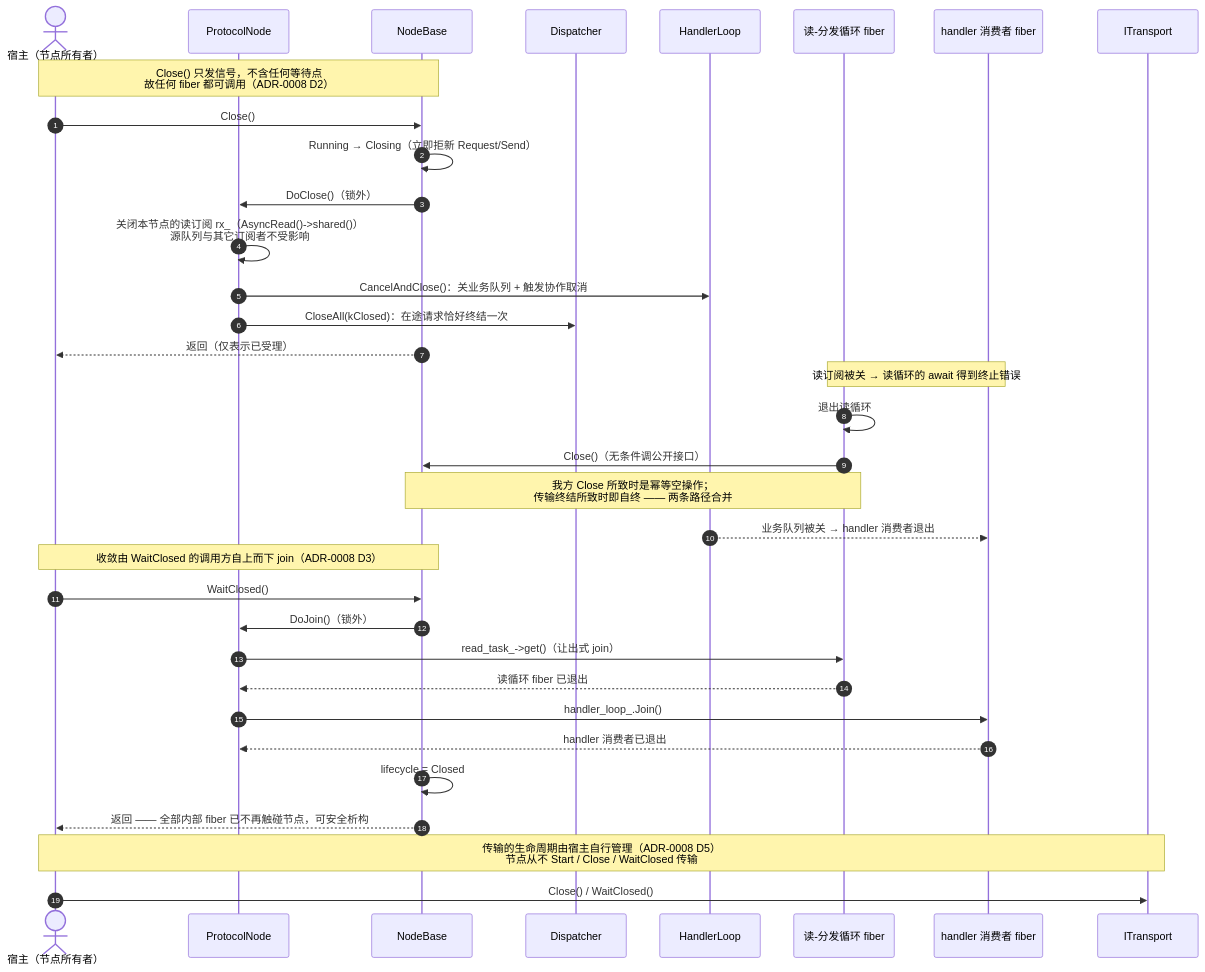
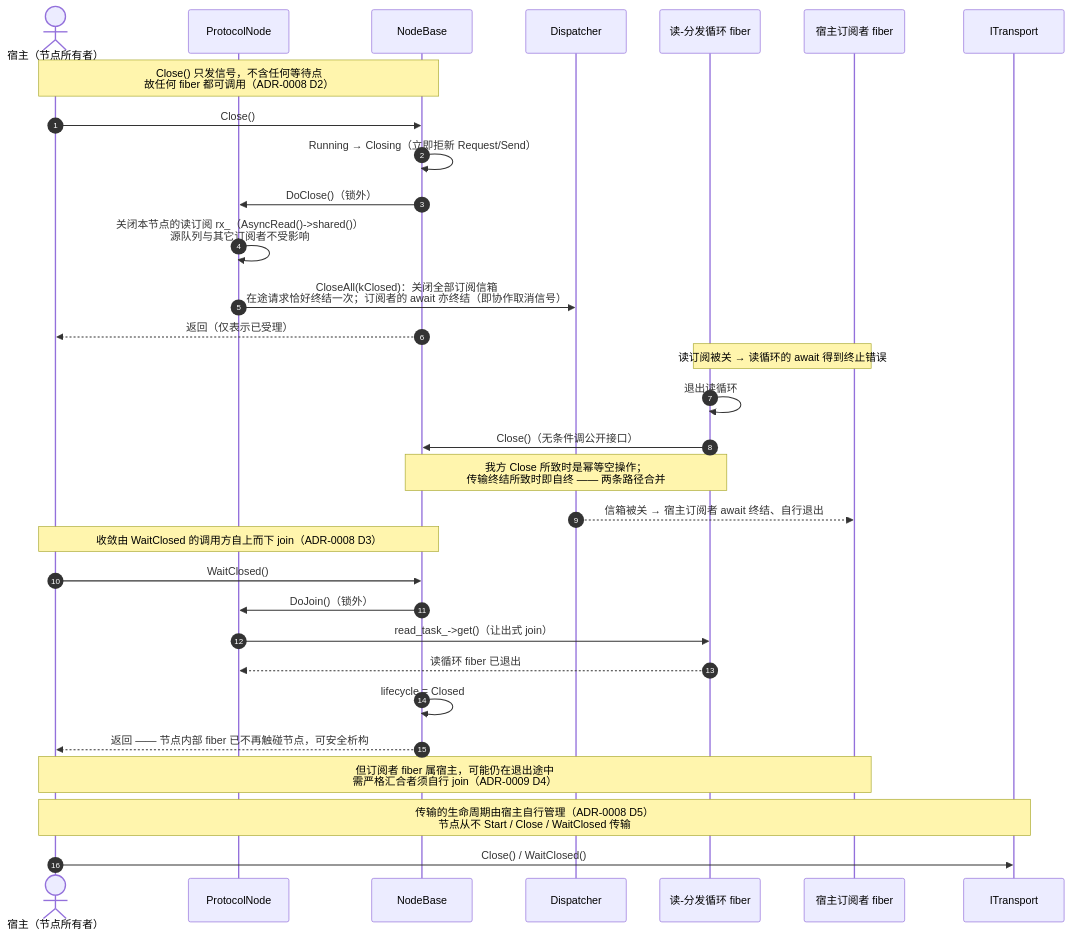
The diagram in docs/diagrams/seq-close.mmd (Ste7an-cs/Transport), drawn with Mermaid before and after one commit. The commit also changed 20 other files, not shown here.

First line of the commit message:
docs(sdd): 同步 handler 通道废止(ADR-0009),十张图重绘并重渲染

```diff
--- a/docs/diagrams/seq-close.mmd
+++ b/docs/diagrams/seq-close.mmd
@@ -1,38 +1,35 @@
 sequenceDiagram
     autonumber
     actor X as 宿主（节点所有者）
     participant N as ProtocolNode
     participant B as NodeBase
     participant D as Dispatcher
-    participant H as HandlerLoop
     participant RL as 读-分发循环 fiber
-    participant HC as handler 消费者 fiber
+    participant SUB as 宿主订阅者 fiber
     participant T as ITransport
 
     Note over X,B: Close() 只发信号，不含任何等待点<br/>故任何 fiber 都可调用（ADR-0008 D2）
     X->>B: Close()
     B->>B: Running → Closing（立即拒新 Request/Send）
     B->>N: DoClose()（锁外）
     N->>N: 关闭本节点的读订阅 rx_（AsyncRead()->shared()）<br/>源队列与其它订阅者不受影响
-    N->>H: CancelAndClose()：关业务队列 + 触发协作取消
-    N->>D: CloseAll(kClosed)：在途请求恰好终结一次
+    N->>D: CloseAll(kClosed)：关闭全部订阅信箱<br/>在途请求恰好终结一次；订阅者的 await 亦终结（即协作取消信号）
     B-->>X: 返回（仅表示已受理）
 
-    Note over RL,HC: 读订阅被关 → 读循环的 await 得到终止错误
+    Note over RL,SUB: 读订阅被关 → 读循环的 await 得到终止错误
     RL->>RL: 退出读循环
     RL->>B: Close()（无条件调公开接口）
     Note over RL,B: 我方 Close 所致时是幂等空操作；<br/>传输终结所致时即自终 —— 两条路径合并
-    H-->>HC: 业务队列被关 → handler 消费者退出
+    D-->>SUB: 信箱被关 → 宿主订阅者 await 终结、自行退出
 
     Note over X,B: 收敛由 WaitClosed 的调用方自上而下 join（ADR-0008 D3）
     X->>B: WaitClosed()
     B->>N: DoJoin()（锁外）
     N->>RL: read_task_->get()（让出式 join）
     RL-->>N: 读循环 fiber 已退出
-    N->>HC: handler_loop_.Join()
-    HC-->>N: handler 消费者已退出
     B->>B: lifecycle = Closed
-    B-->>X: 返回 —— 全部内部 fiber 已不再触碰节点，可安全析构
+    B-->>X: 返回 —— 节点内部 fiber 已不再触碰节点，可安全析构
+    Note over X,SUB: 但订阅者 fiber 属宿主，可能仍在退出途中<br/>需严格汇合者须自行 join（ADR-0009 D4）
 
     Note over X,T: 传输的生命周期由宿主自行管理（ADR-0008 D5）<br/>节点从不 Start / Close / WaitClosed 传输
     X->>T: Close() / WaitClosed()
```
